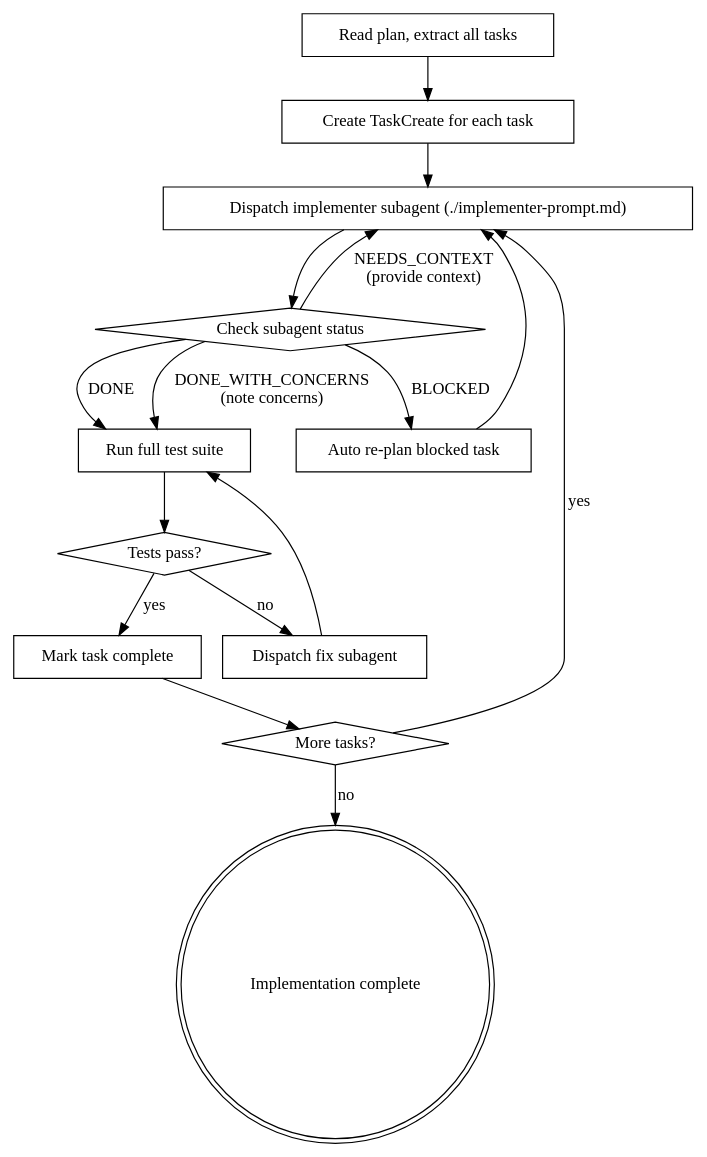
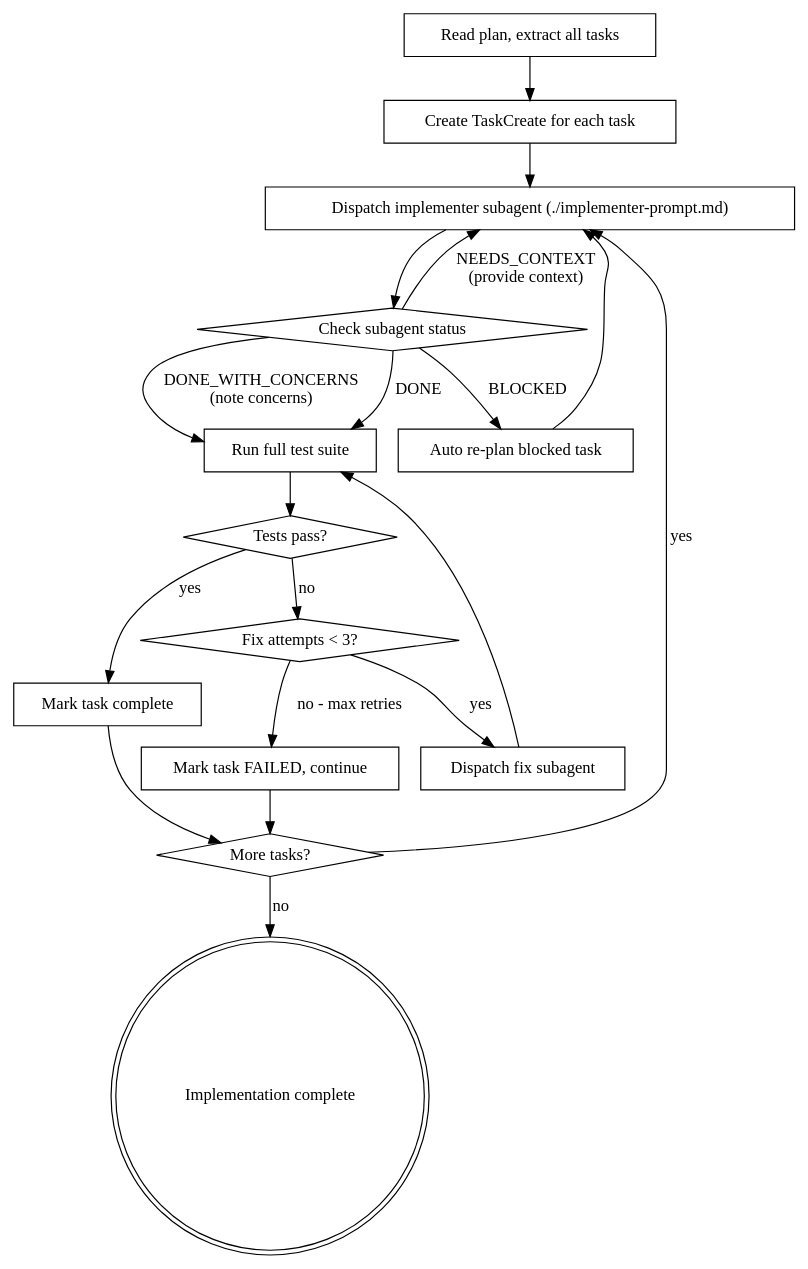
Before and after one commit to hybriden/shipwright: the diagram in skills/auto-impl/SKILL.md, drawn with Graphviz. The commit also changed other lines of this file and 7 other files, not shown here.

````diff
--- a/skills/auto-impl/SKILL.md
+++ b/skills/auto-impl/SKILL.md
@@ -28,33 +28,38 @@
 ```dot
 digraph auto_impl {
     rankdir=TB;
 
     "Read plan, extract all tasks" [shape=box];
     "Create TaskCreate for each task" [shape=box];
     "Dispatch implementer subagent (./implementer-prompt.md)" [shape=box];
     "Check subagent status" [shape=diamond];
     "Mark task complete" [shape=box];
     "Run full test suite" [shape=box];
     "Tests pass?" [shape=diamond];
     "Dispatch fix subagent" [shape=box];
+    "Fix attempts < 3?" [shape=diamond];
+    "Mark task FAILED, continue" [shape=box];
     "Auto re-plan blocked task" [shape=box];
     "More tasks?" [shape=diamond];
     "Implementation complete" [shape=doublecircle];
 
     "Read plan, extract all tasks" -> "Create TaskCreate for each task";
     "Create TaskCreate for each task" -> "Dispatch implementer subagent (./implementer-prompt.md)";
     "Dispatch implementer subagent (./implementer-prompt.md)" -> "Check subagent status";
     "Check subagent status" -> "Run full test suite" [label="DONE"];
     "Check subagent status" -> "Run full test suite" [label="DONE_WITH_CONCERNS\n(note concerns)"];
     "Check subagent status" -> "Auto re-plan blocked task" [label="BLOCKED"];
     "Check subagent status" -> "Dispatch implementer subagent (./implementer-prompt.md)" [label="NEEDS_CONTEXT\n(provide context)"];
     "Auto re-plan blocked task" -> "Dispatch implementer subagent (./implementer-prompt.md)";
     "Run full test suite" -> "Tests pass?";
     "Tests pass?" -> "Mark task complete" [label="yes"];
-    "Tests pass?" -> "Dispatch fix subagent" [label="no"];
+    "Tests pass?" -> "Fix attempts < 3?" [label="no"];
+    "Fix attempts < 3?" -> "Dispatch fix subagent" [label="yes"];
+    "Fix attempts < 3?" -> "Mark task FAILED, continue" [label="no - max retries"];
     "Dispatch fix subagent" -> "Run full test suite";
     "Mark task complete" -> "More tasks?";
+    "Mark task FAILED, continue" -> "More tasks?";
     "More tasks?" -> "Dispatch implementer subagent (./implementer-prompt.md)" [label="yes"];
     "More tasks?" -> "Implementation complete" [label="no"];
 }
 ```
````
